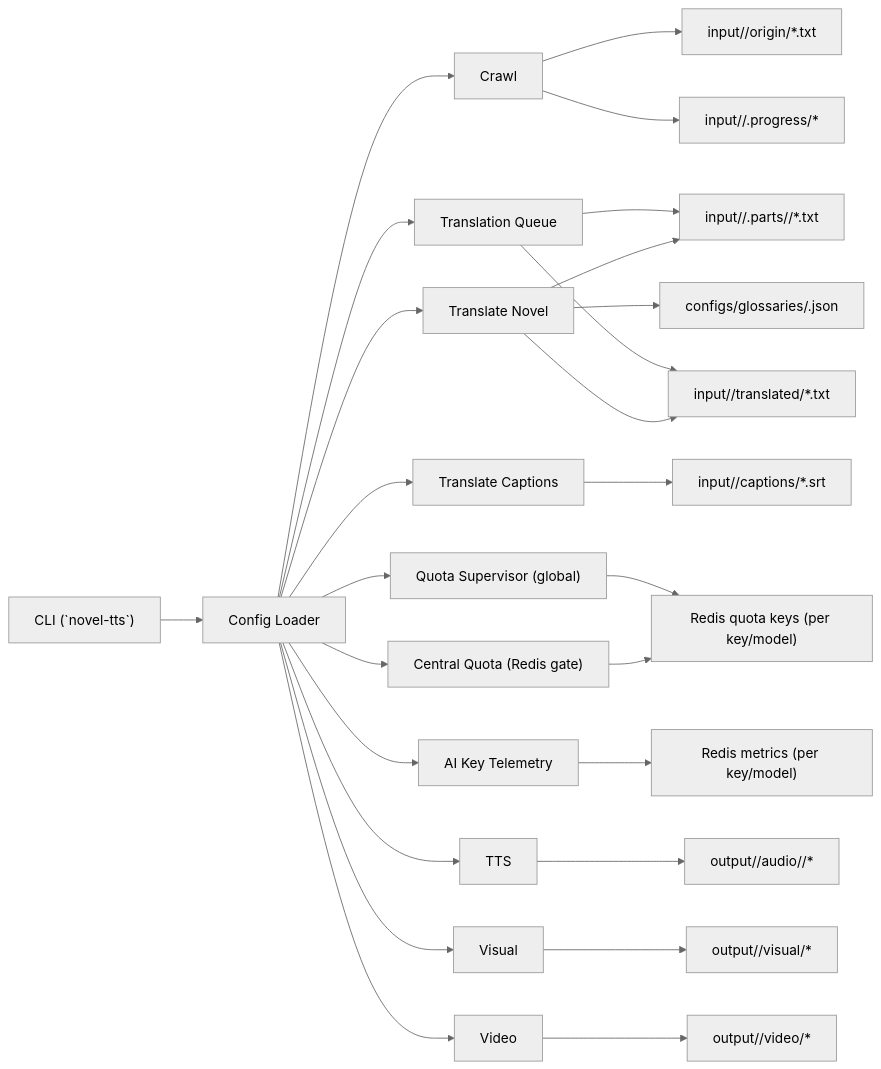
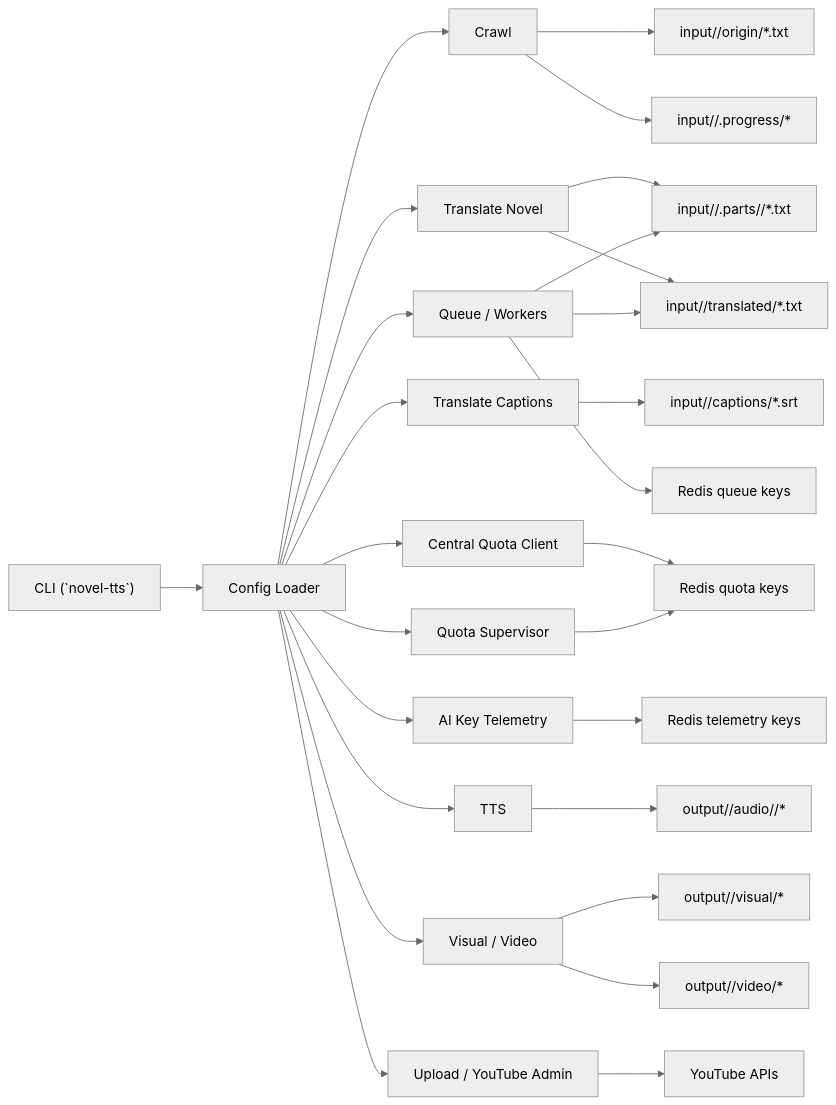
Before and after one commit to danielpham765/novel-tts: the first of 2 diagrams in docs/ARCHITECTURE.md, drawn with Mermaid (neutral theme). The commit also changed other lines of this file and 7 other files, not shown here.

````diff
--- a/docs/ARCHITECTURE.md
+++ b/docs/ARCHITECTURE.md
@@ -26,29 +42,30 @@
 ```mermaid
 flowchart LR
     CLI["CLI (`novel-tts`)"] --> CFG["Config Loader"]
     CFG --> CRAWL["Crawl"]
     CFG --> TRANS["Translate Novel"]
     CFG --> CAP["Translate Captions"]
-    CFG --> QUEUE["Translation Queue"]
-    CFG --> QUOTA["Central Quota (Redis gate)"]
-    CFG --> QUOTASUP["Quota Supervisor (global)"]
+    CFG --> QUEUE["Queue / Workers"]
+    CFG --> QUOTA["Central Quota Client"]
+    CFG --> QSUP["Quota Supervisor"]
     CFG --> AIKEY["AI Key Telemetry"]
     CFG --> TTS["TTS"]
-    CFG --> VIS["Visual"]
-    CFG --> VID["Video"]
+    CFG --> MEDIA["Visual / Video"]
+    CFG --> UP["Upload / YouTube Admin"]
 
     CRAWL --> ORIGIN["input/<novel>/origin/*.txt"]
-    CRAWL --> PROGRESS["input/<novel>/.progress/*"]
+    CRAWL --> CPROG["input/<novel>/.progress/*"]
     TRANS --> PARTS["input/<novel>/.parts/<batch>/*.txt"]
-    TRANS --> TRANSLATED["input/<novel>/translated/*.txt"]
-    TRANS --> GLOSSARY["configs/glossaries/<novel>.json"]
-    CAP --> CAPTION["input/<novel>/captions/*.srt"]
+    TRANS --> TRANS_OUT["input/<novel>/translated/*.txt"]
+    CAP --> CAPTIONS["input/<novel>/captions/*.srt"]
     QUEUE --> PARTS
-    QUEUE --> TRANSLATED
-    QUOTA --> REDISQUOTA["Redis quota keys (per key/model)"]
-    QUOTASUP --> REDISQUOTA
-    AIKEY --> REDISMETRICS["Redis metrics (per key/model)"]
+    QUEUE --> TRANS_OUT
+    QUEUE --> REDISQ["Redis queue keys"]
+    QUOTA --> REDISQUOTA["Redis quota keys"]
+    QSUP --> REDISQUOTA
+    AIKEY --> REDISMETRICS["Redis telemetry keys"]
     TTS --> AUDIO["output/<novel>/audio/<range>/*"]
-    VIS --> VISUAL["output/<novel>/visual/*"]
-    VID --> VIDEO["output/<novel>/video/*"]
+    MEDIA --> VISUAL["output/<novel>/visual/*"]
+    MEDIA --> VIDEO["output/<novel>/video/*"]
+    UP --> YT["YouTube APIs"]
 ```
````
